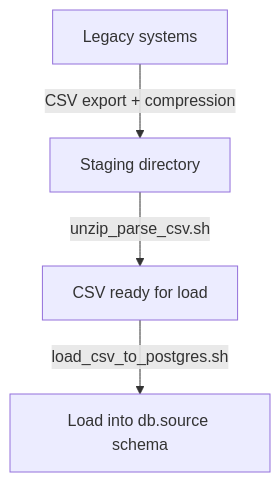
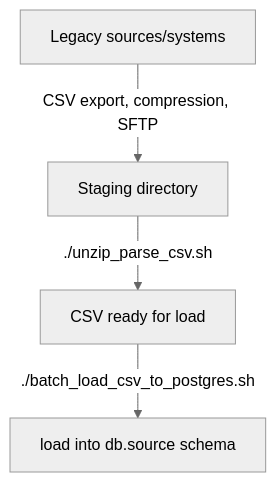
One commit to d3london/legacy_data_loaders changed the diagram in README.md. Above: the diagram before and after it, drawn with Mermaid. The commit also changed other lines of this file, not shown here.

````diff
--- a/README.md
+++ b/README.md
@@ -23,6 +25,7 @@
 ```mermaid
+%%{init: {'theme': 'neutral' } }%%
   graph TD
-      A["Legacy systems"]-->|"CSV export + compression"|B["Staging directory"]
-      B-->|"unzip_parse_csv.sh"|C["CSV ready for load"]
-      C-->|"load_csv_to_postgres.sh"|D["Load into db.source schema"]
+      A["Legacy sources/systems"]-->|"CSV export, compression, SFTP"|B["Staging directory"]
+      B-->|"./unzip_parse_csv.sh"|C["CSV ready for load"]
+      C-->|"./batch_load_csv_to_postgres.sh"|D["load into db.source schema"]
 ```
````
